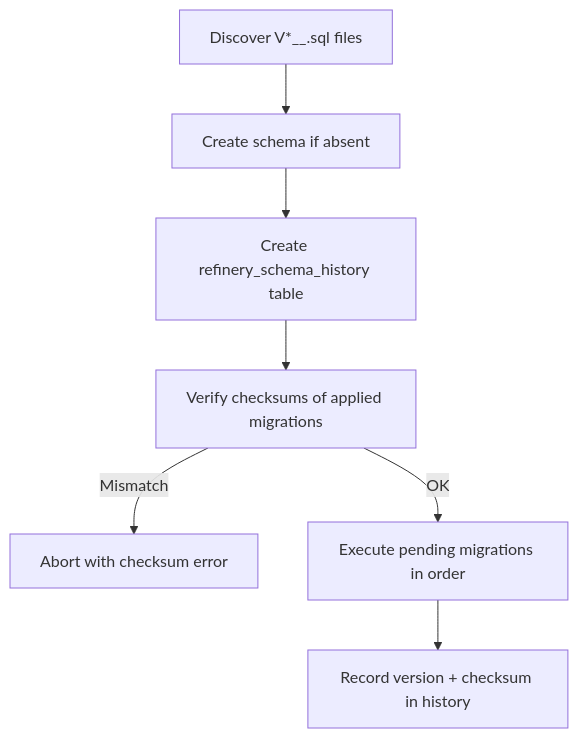
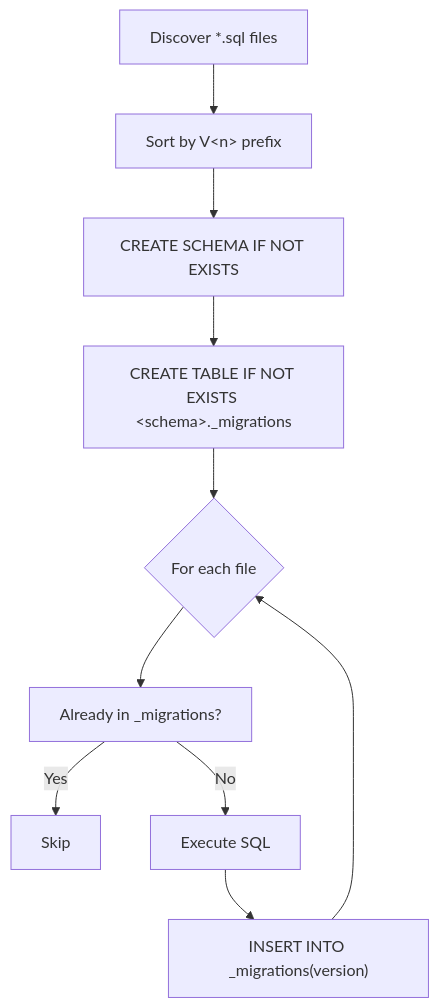
The diagram in plugins/docs/docs/plugins/migration-plugins.md (p-hoffmann/trexsql-ext), drawn with Mermaid before and after one commit. The commit also changed other lines of this file and 110 other files, not shown here.

````diff
--- a/plugins/docs/docs/plugins/migration-plugins.md
+++ b/plugins/docs/docs/plugins/migration-plugins.md
@@ -52,9 +52,12 @@
 ```mermaid
 flowchart TD
-    Discover["Discover V*__.sql files"] --> CreateSchema["Create schema if absent"]
-    CreateSchema --> CreateHistory["Create refinery_schema_history table"]
-    CreateHistory --> Verify["Verify checksums of applied migrations"]
-    Verify -->|Mismatch| Error["Abort with checksum error"]
-    Verify -->|OK| Execute["Execute pending migrations in order"]
-    Execute --> Record["Record version + checksum in history"]
+    Discover["Discover *.sql files"] --> Sort["Sort by V&lt;n&gt; prefix"]
+    Sort --> CreateSchema["CREATE SCHEMA IF NOT EXISTS"]
+    CreateSchema --> CreateHistory["CREATE TABLE IF NOT EXISTS &lt;schema&gt;._migrations"]
+    CreateHistory --> Loop{"For each file"}
+    Loop --> Check["Already in _migrations?"]
+    Check -->|Yes| Skip[Skip]
+    Check -->|No| Apply["Execute SQL"]
+    Apply --> Record["INSERT INTO _migrations(version)"]
+    Record --> Loop
 ```
````
